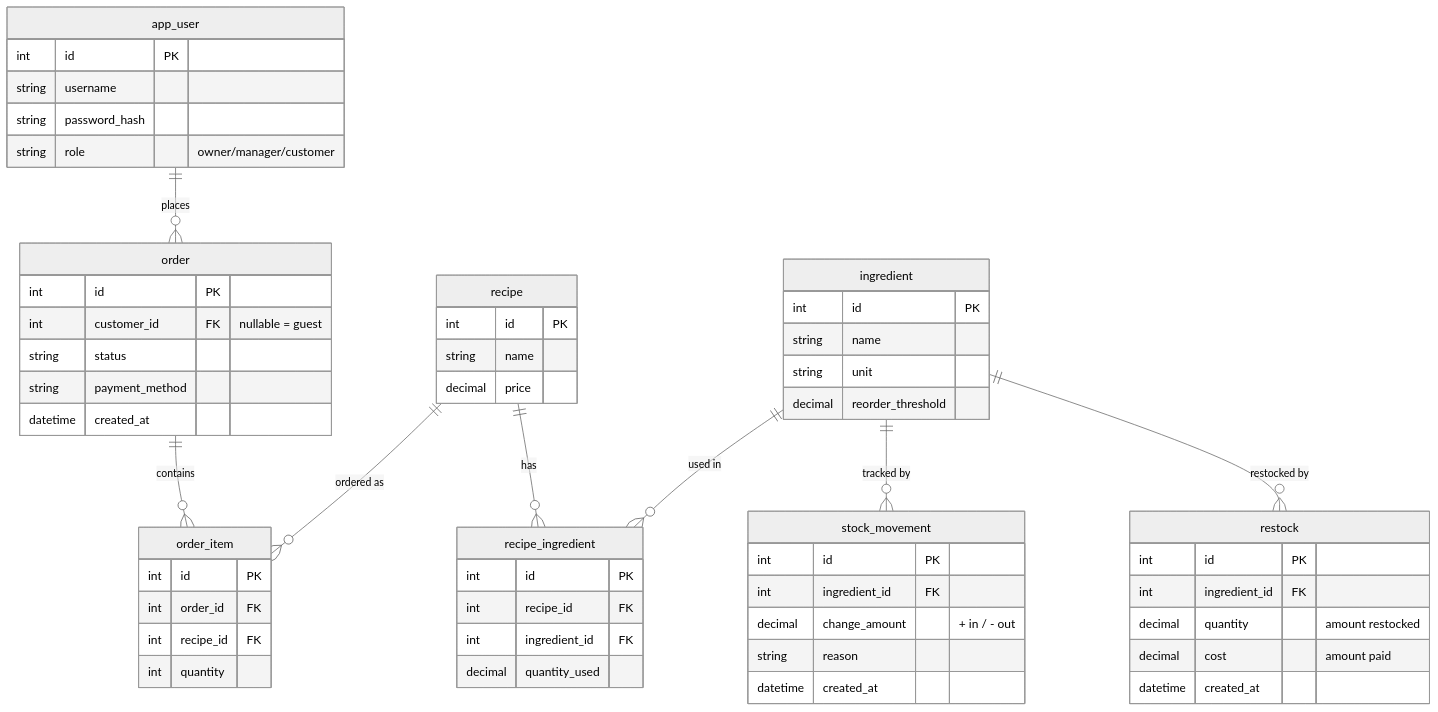
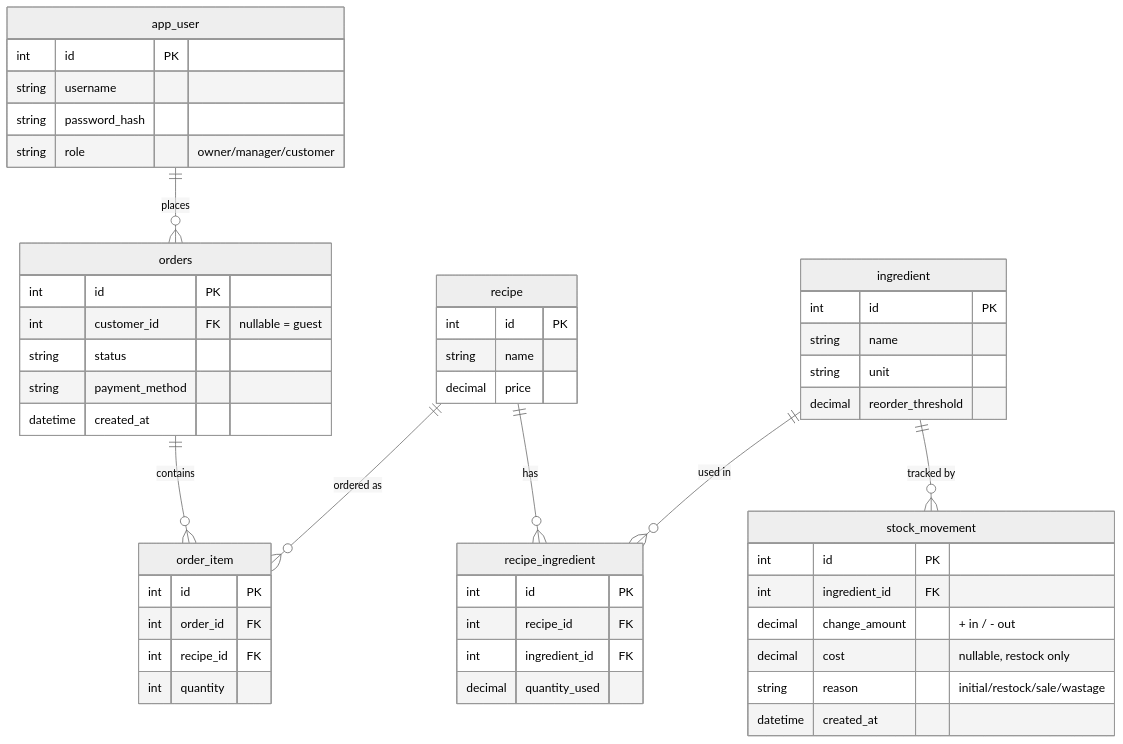
Before and after one commit to ljjiaa/bubble-tea-shop: the diagram in docs/er-diagram.md, drawn with Mermaid (neutral theme). The commit also changed 2 other files, not shown here.

Commit message:
Amend ER diagram

````diff
--- a/docs/er-diagram.md
+++ b/docs/er-diagram.md
@@ -1,60 +1,53 @@
 ```mermaid
 erDiagram
     ingredient {
         int id PK
         string name
         string unit
         decimal reorder_threshold
     }
     recipe {
         int id PK
         string name
         decimal price
     }
     recipe_ingredient {
         int id PK
         int recipe_id FK
         int ingredient_id FK
         decimal quantity_used
     }
-    order {
+    orders {
         int id PK
         int customer_id FK "nullable = guest"
         string status
         string payment_method
         datetime created_at
     }
     order_item {
         int id PK
         int order_id FK
         int recipe_id FK
         int quantity
     }
     stock_movement {
         int id PK
         int ingredient_id FK
         decimal change_amount "+ in / - out"
-        string reason
-        datetime created_at
-    }
-    restock {
-        int id PK
-        int ingredient_id FK
-        decimal quantity "amount restocked"
-        decimal cost "amount paid"
+        decimal cost "nullable, restock only"
+        string reason "initial/restock/sale/wastage"
         datetime created_at
     }
     app_user {
         int id PK
         string username
         string password_hash
         string role "owner/manager/customer"
     }
     recipe ||--o{ recipe_ingredient : "has"
     ingredient ||--o{ recipe_ingredient : "used in"
-    order ||--o{ order_item : "contains"
+    orders ||--o{ order_item : "contains"
     recipe ||--o{ order_item : "ordered as"
     ingredient ||--o{ stock_movement : "tracked by"
-    ingredient ||--o{ restock : "restocked by"
-    app_user ||--o{ order : "places"
+    app_user ||--o{ orders : "places"
 ```
````
